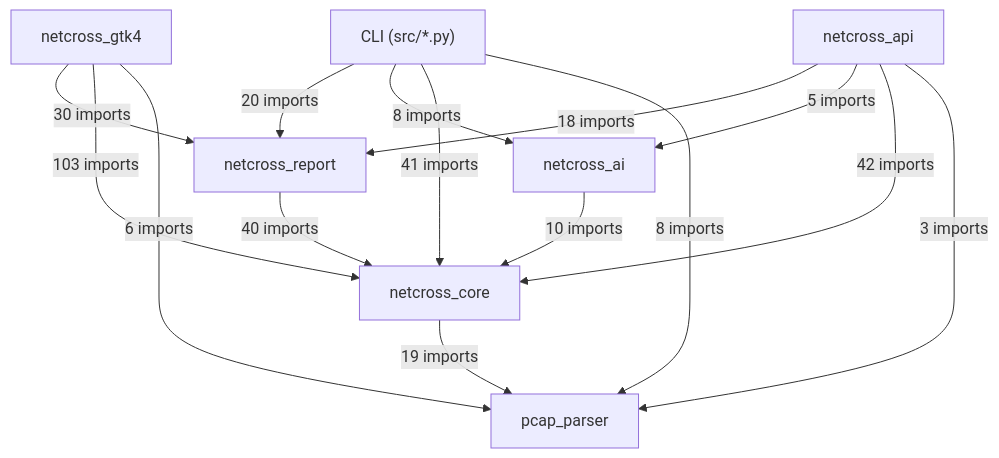
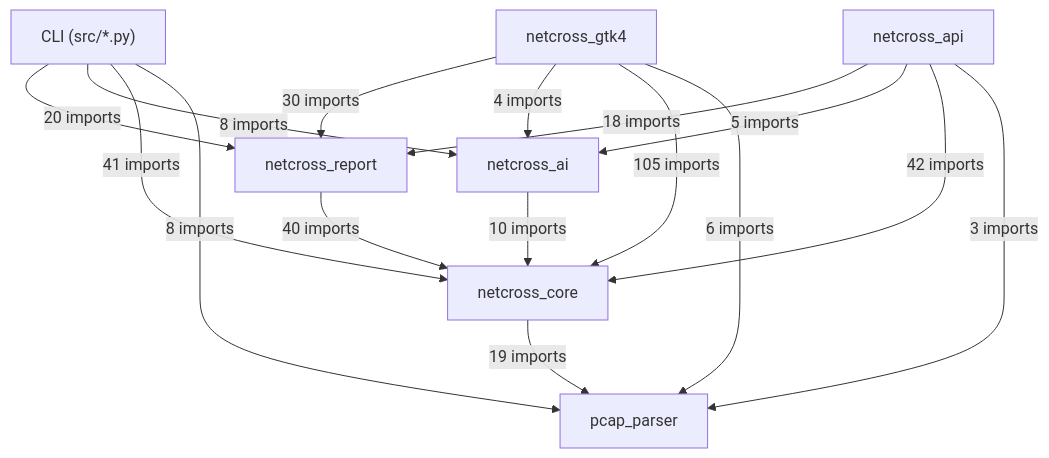
Before and after one commit to Mathide-Team/Netcross: the first of 20 diagrams in docs/class-diagram.md, drawn with Mermaid. The commit also changed other lines of this file, not shown here.

Commit message:
chore: régénère class-diagram/openapi après fusion de dev

````diff
--- a/docs/class-diagram.md
+++ b/docs/class-diagram.md
@@ -26,24 +26,25 @@
 ```mermaid
 flowchart TD
     CLI["CLI (src/*.py)"]
     netcross_gtk4["netcross_gtk4"]
     netcross_api["netcross_api"]
     netcross_report["netcross_report"]
     netcross_ai["netcross_ai"]
     netcross_core["netcross_core"]
     pcap_parser["pcap_parser"]
     CLI -->|"20 imports"| netcross_report
     CLI -->|"8 imports"| netcross_ai
     CLI -->|"41 imports"| netcross_core
     CLI -->|"8 imports"| pcap_parser
     netcross_gtk4 -->|"30 imports"| netcross_report
-    netcross_gtk4 -->|"103 imports"| netcross_core
+    netcross_gtk4 -->|"4 imports"| netcross_ai
+    netcross_gtk4 -->|"105 imports"| netcross_core
     netcross_gtk4 -->|"6 imports"| pcap_parser
     netcross_api -->|"18 imports"| netcross_report
     netcross_api -->|"5 imports"| netcross_ai
     netcross_api -->|"42 imports"| netcross_core
     netcross_api -->|"3 imports"| pcap_parser
     netcross_report -->|"40 imports"| netcross_core
     netcross_ai -->|"10 imports"| netcross_core
     netcross_core -->|"19 imports"| pcap_parser
 ```
````
